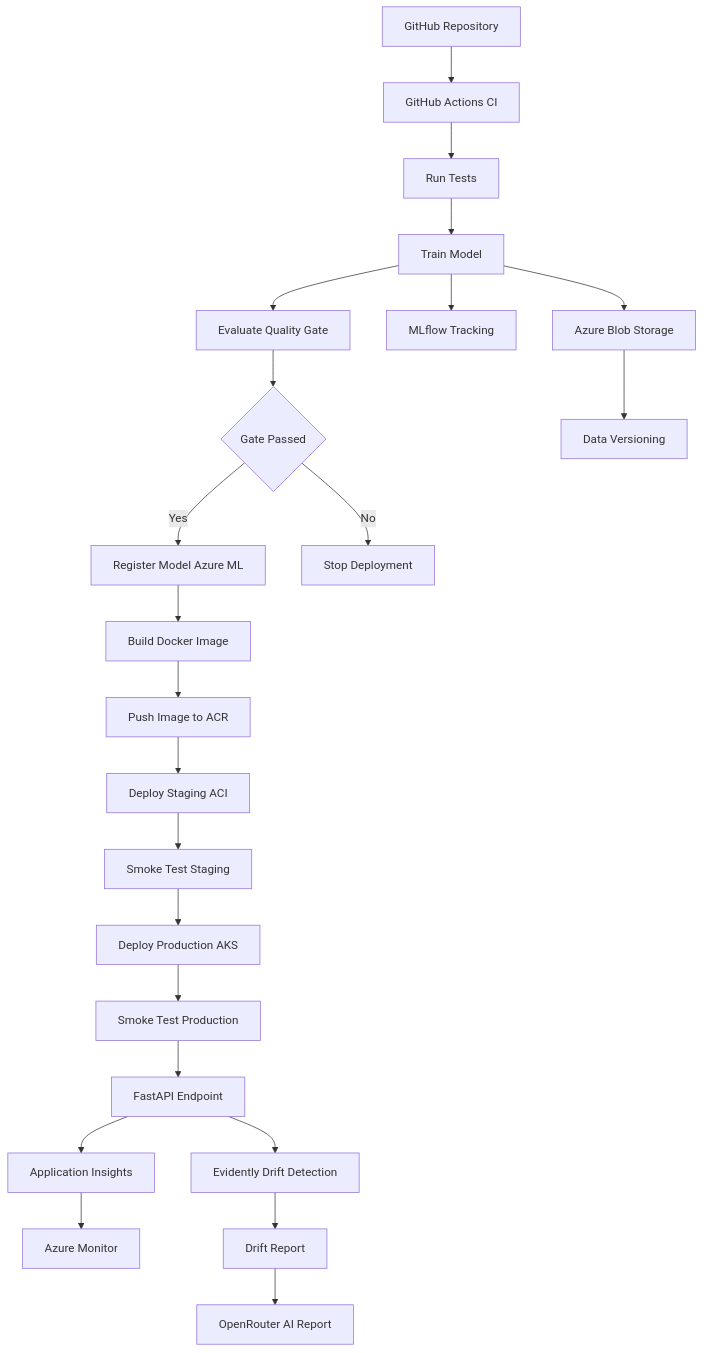
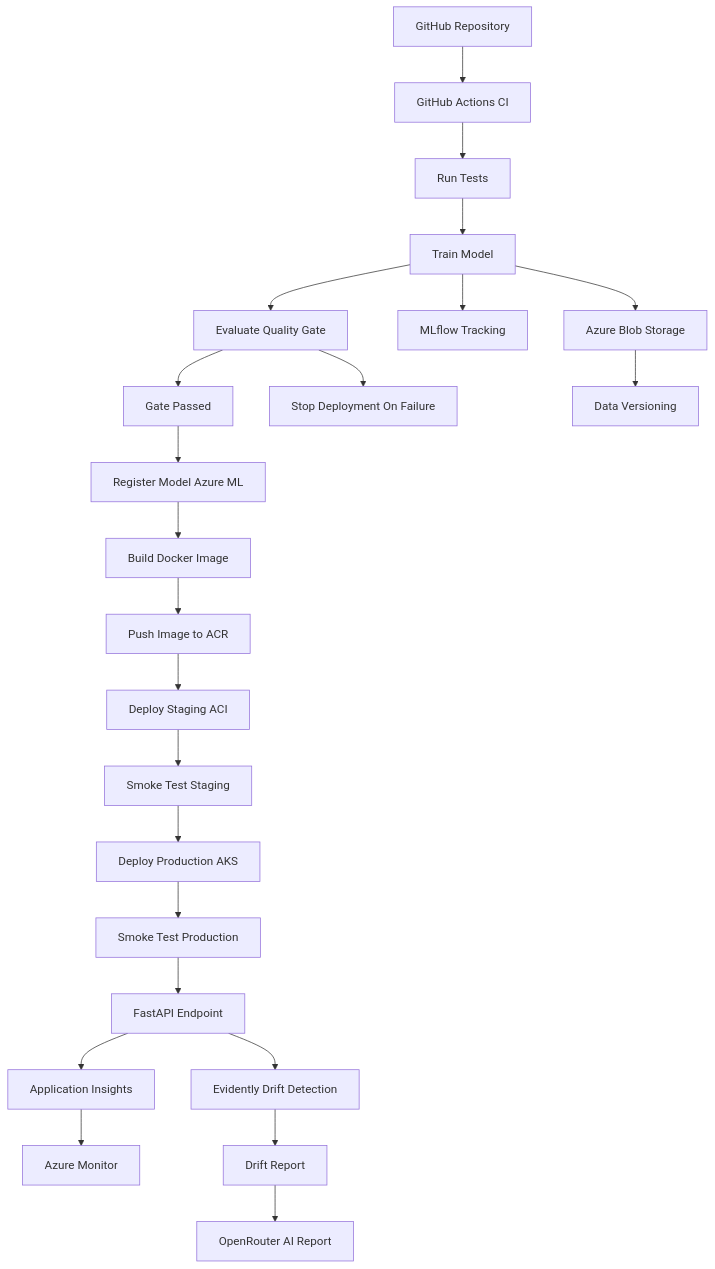
One commit to bakhtiyark06/MLOPS-azure-final-project changed the diagram in docs/architecture_diagram.mmd. Above: the diagram before and after it, drawn with Mermaid. The commit also changed 2 other files, not shown here.

Commit message:
Simplify Mermaid diagram to plain nodes for reliable GitHub rendering

```diff
--- a/docs/architecture_diagram.mmd
+++ b/docs/architecture_diagram.mmd
@@ -1,31 +1,23 @@
-%% Author:  Bakhtiyar Khan
-%% Date:    2026-06-27
-%% Purpose: End-to-end MLOps architecture for the Azure final project.
-%% GitHub-safe Mermaid syntax: graph TD, simple quoted labels, no subgraphs.
 graph TD
-    A["GitHub Repository"] --> B["GitHub Actions CI"]
-    B --> C["Run Tests"]
-    C --> D["Train Model"]
-    D --> E["Evaluate Quality Gate"]
-    E --> F{"Gate Passed"}
-    F -->|Yes| G["Register Model Azure ML"]
-    F -->|No| H["Stop Deployment"]
-
-    G --> I["Build Docker Image"]
-    I --> J["Push Image to ACR"]
-    J --> K["Deploy Staging ACI"]
-    K --> L["Smoke Test Staging"]
-    L --> M["Deploy Production AKS"]
-    M --> N["Smoke Test Production"]
-
-    N --> O["FastAPI Endpoint"]
-    O --> P["Application Insights"]
-    P --> Q["Azure Monitor"]
-
-    D --> R["MLflow Tracking"]
-    D --> S["Azure Blob Storage"]
-    S --> T["Data Versioning"]
-
-    O --> U["Evidently Drift Detection"]
-    U --> V["Drift Report"]
-    V --> W["OpenRouter AI Report"]
+    A[GitHub Repository] --> B[GitHub Actions CI]
+    B --> C[Run Tests]
+    C --> D[Train Model]
+    D --> E[Evaluate Quality Gate]
+    E --> F[Gate Passed]
+    F --> G[Register Model Azure ML]
+    E --> H[Stop Deployment On Failure]
+    G --> I[Build Docker Image]
+    I --> J[Push Image to ACR]
+    J --> K[Deploy Staging ACI]
+    K --> L[Smoke Test Staging]
+    L --> M[Deploy Production AKS]
+    M --> N[Smoke Test Production]
+    N --> O[FastAPI Endpoint]
+    O --> P[Application Insights]
+    P --> Q[Azure Monitor]
+    D --> R[MLflow Tracking]
+    D --> S[Azure Blob Storage]
+    S --> T[Data Versioning]
+    O --> U[Evidently Drift Detection]
+    U --> V[Drift Report]
+    V --> W[OpenRouter AI Report]
```
